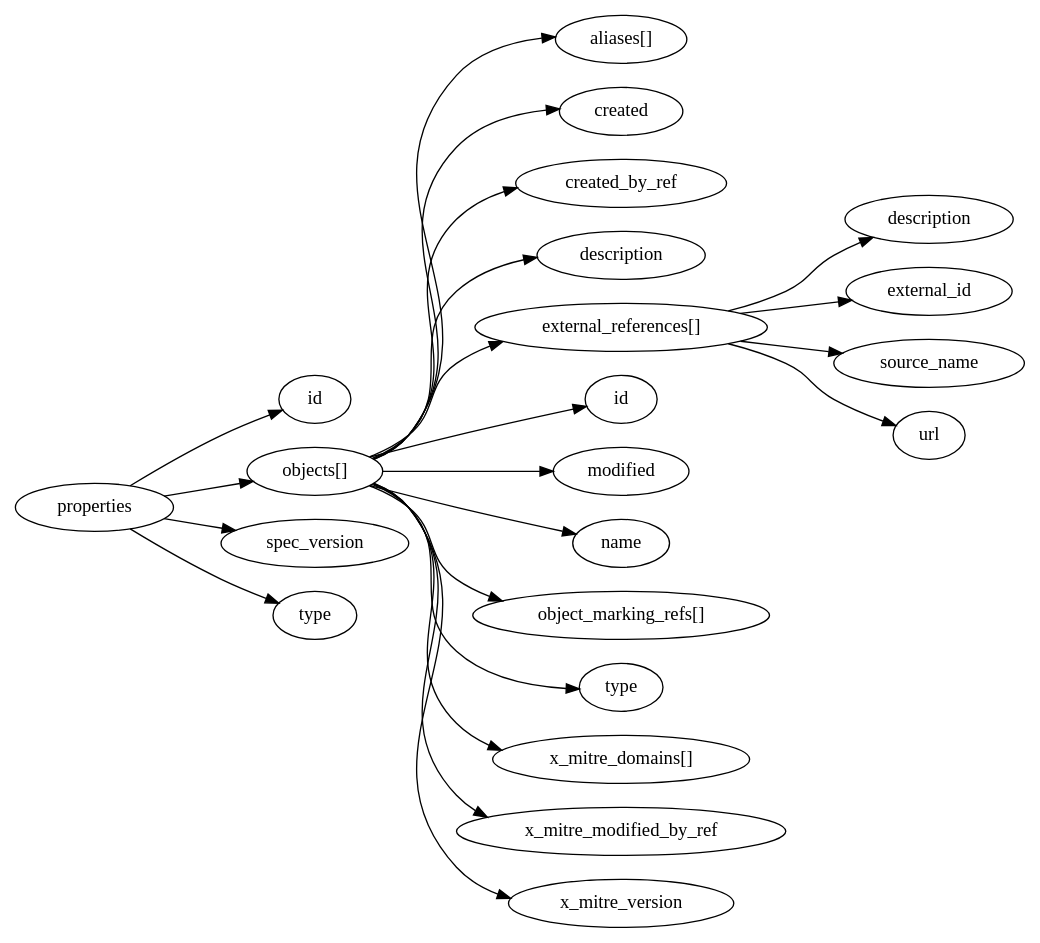
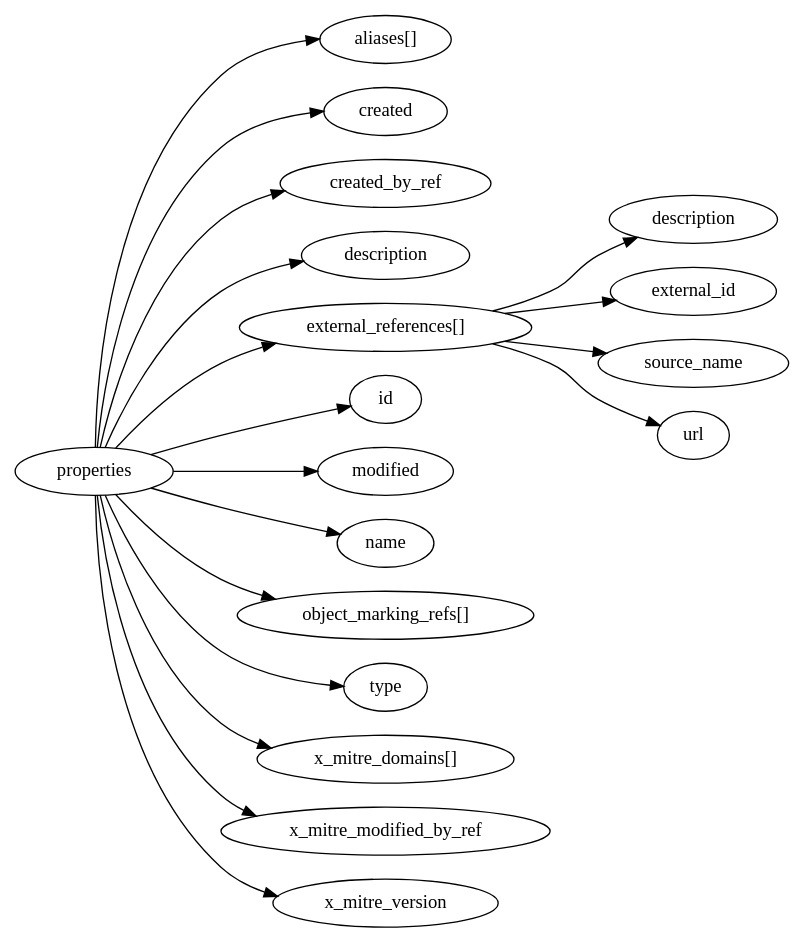
Before and after one commit to whitfieldsdad/json-kit: the diagram in resources/example-data/json/stix2/mitre-attack/dot/intrusion-set.dot, drawn with Graphviz. The commit also changed 68 other files, not shown here.

```diff
--- a/resources/example-data/json/stix2/mitre-attack/dot/intrusion-set.dot
+++ b/resources/example-data/json/stix2/mitre-attack/dot/intrusion-set.dot
@@ -1,45 +1,37 @@
 digraph {
     graph [rankdir=LR]
+    "aliases" [label="aliases[]"]
+    "created" [label="created"]
+    "created_by_ref" [label="created_by_ref"]
+    "description" [label="description"]
+    "external_references" [label="external_references[]"]
+    "external_references.description" [label="description"]
+    "external_references.external_id" [label="external_id"]
+    "external_references.source_name" [label="source_name"]
+    "external_references.url" [label="url"]
     "id" [label="id"]
-    "objects" [label="objects[]"]
-    "objects.aliases" [label="aliases[]"]
-    "objects.created" [label="created"]
-    "objects.created_by_ref" [label="created_by_ref"]
-    "objects.description" [label="description"]
-    "objects.external_references" [label="external_references[]"]
-    "objects.external_references.description" [label="description"]
-    "objects.external_references.external_id" [label="external_id"]
-    "objects.external_references.source_name" [label="source_name"]
-    "objects.external_references.url" [label="url"]
-    "objects.id" [label="id"]
-    "objects.modified" [label="modified"]
-    "objects.name" [label="name"]
-    "objects.object_marking_refs" [label="object_marking_refs[]"]
-    "objects.type" [label="type"]
-    "objects.x_mitre_domains" [label="x_mitre_domains[]"]
-    "objects.x_mitre_modified_by_ref" [label="x_mitre_modified_by_ref"]
-    "objects.x_mitre_version" [label="x_mitre_version"]
-    "spec_version" [label="spec_version"]
+    "modified" [label="modified"]
+    "name" [label="name"]
+    "object_marking_refs" [label="object_marking_refs[]"]
     "type" [label="type"]
+    "x_mitre_domains" [label="x_mitre_domains[]"]
+    "x_mitre_modified_by_ref" [label="x_mitre_modified_by_ref"]
+    "x_mitre_version" [label="x_mitre_version"]
+    "properties" -> "aliases"
+    "properties" -> "x_mitre_domains"
+    "properties" -> "object_marking_refs"
+    "properties" -> "id"
     "properties" -> "type"
-    "properties" -> "id"
-    "properties" -> "spec_version"
-    "properties" -> "objects"
-    "objects" -> "objects.aliases"
-    "objects" -> "objects.x_mitre_domains"
-    "objects" -> "objects.object_marking_refs"
-    "objects" -> "objects.id"
-    "objects" -> "objects.type"
-    "objects" -> "objects.created"
-    "objects" -> "objects.created_by_ref"
-    "objects" -> "objects.external_references"
-    "objects" -> "objects.modified"
-    "objects" -> "objects.name"
-    "objects" -> "objects.description"
-    "objects" -> "objects.x_mitre_version"
-    "objects" -> "objects.x_mitre_modified_by_ref"
-    "objects.external_references" -> "objects.external_references.external_id"
-    "objects.external_references" -> "objects.external_references.source_name"
-    "objects.external_references" -> "objects.external_references.url"
-    "objects.external_references" -> "objects.external_references.description"
+    "properties" -> "created"
+    "properties" -> "created_by_ref"
+    "properties" -> "external_references"
+    "properties" -> "modified"
+    "properties" -> "name"
+    "properties" -> "description"
+    "properties" -> "x_mitre_version"
+    "properties" -> "x_mitre_modified_by_ref"
+    "external_references" -> "external_references.external_id"
+    "external_references" -> "external_references.source_name"
+    "external_references" -> "external_references.url"
+    "external_references" -> "external_references.description"
 }
```
